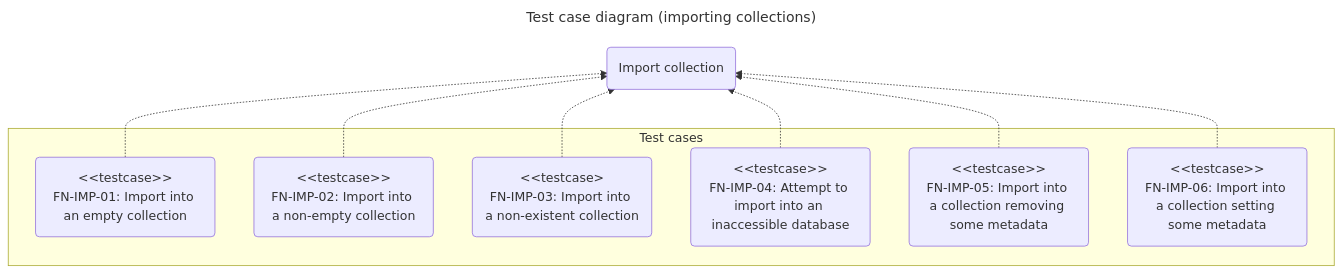
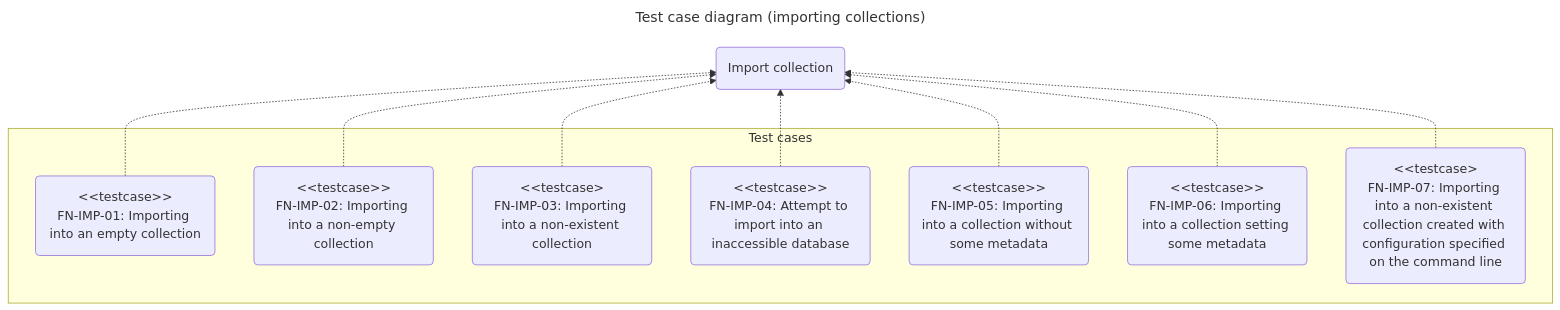
One commit to chromiodev/chromie-tool changed the third of 8 diagrams in docs/spec/tests/functional.en.md. Above: the diagram before and after it, drawn with Mermaid. The commit also changed other lines of this file and 5 other files, not shown here.

Commit message:
feat(cli): "chromie imp" allows to set the embedding function for when collection must be created (#74)

````diff
--- a/docs/spec/tests/functional.en.md
+++ b/docs/spec/tests/functional.en.md
@@ -226,26 +226,28 @@
 ```mermaid
 ---
 title: Test case diagram (importing collections)
 config:
 ---
 
 graph BT
   %% use cases
   importColl@{ shape: "rounded", label: "Import collection" }
 
   subgraph "Test cases"
-    importIntoEmptyColl@{ shape: "rounded", label: "#lt;#lt;testcase>><br>FN-IMP-01: Import into an empty collection" }
-    importIntoNonEmptyColl@{ shape: "rounded", label: "#lt;#lt;testcase>><br>FN-IMP-02: Import into a non-empty collection" }
-    importIntoNonExistingColl@{ shape: "rounded", label: "#lt;#lt;testcase><br>FN-IMP-03: Import into a non-existent collection" }
+    importIntoEmptyColl@{ shape: "rounded", label: "#lt;#lt;testcase>><br>FN-IMP-01: Importing into an empty collection" }
+    importIntoNonEmptyColl@{ shape: "rounded", label: "#lt;#lt;testcase>><br>FN-IMP-02: Importing into a non-empty collection" }
+    importIntoNonExistingColl@{ shape: "rounded", label: "#lt;#lt;testcase><br>FN-IMP-03: Importing into a non-existent collection" }
     importIntoUnknownServer@{ shape: "rounded", label: "#lt;#lt;testcase>><br>FN-IMP-04: Attempt to import into an inaccessible database" }
-    importIntoCollRemovingMetadata@{ shape: "rounded", label: "#lt;#lt;testcase>><br>FN-IMP-05: Import into a collection removing some metadata" }
-    importIntoCollSettingMetadata@{ shape: "rounded", label: "#lt;#lt;testcase>><br>FN-IMP-06: Import into a collection setting some metadata" }
+    importIntoCollRemovingMetadata@{ shape: "rounded", label: "#lt;#lt;testcase>><br>FN-IMP-05: Importing into a collection without some metadata" }
+    importIntoCollSettingMetadata@{ shape: "rounded", label: "#lt;#lt;testcase>><br>FN-IMP-06: Importing into a collection setting some metadata" }
+    importIntoNonExistingCollUsingEmbeddingPassed@{ shape: "rounded", label: "#lt;#lt;testcase><br>FN-IMP-07: Importing into a non-existent collection created with configuration specified on the command line" }
   end
 
   importIntoEmptyColl -.-> importColl
   importIntoNonEmptyColl -.-> importColl
   importIntoNonExistingColl -.-> importColl
   importIntoUnknownServer -.-> importColl
   importIntoCollRemovingMetadata -.-> importColl
   importIntoCollSettingMetadata -.-> importColl
+  importIntoNonExistingCollUsingEmbeddingPassed -.-> importColl
 ```
````
